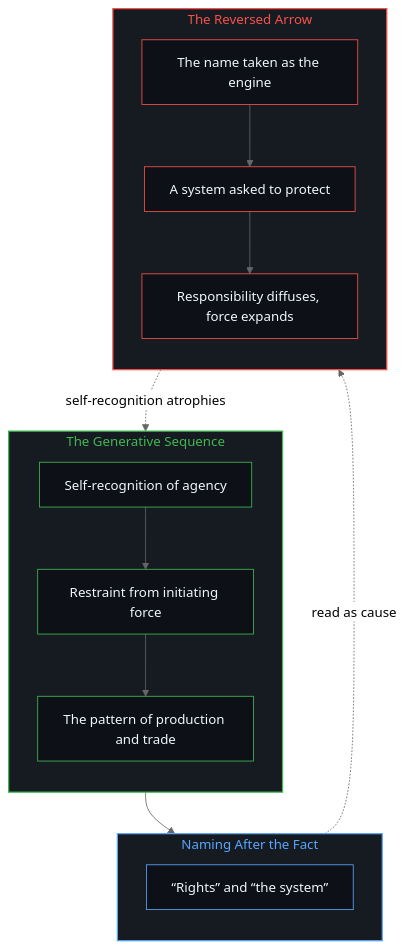
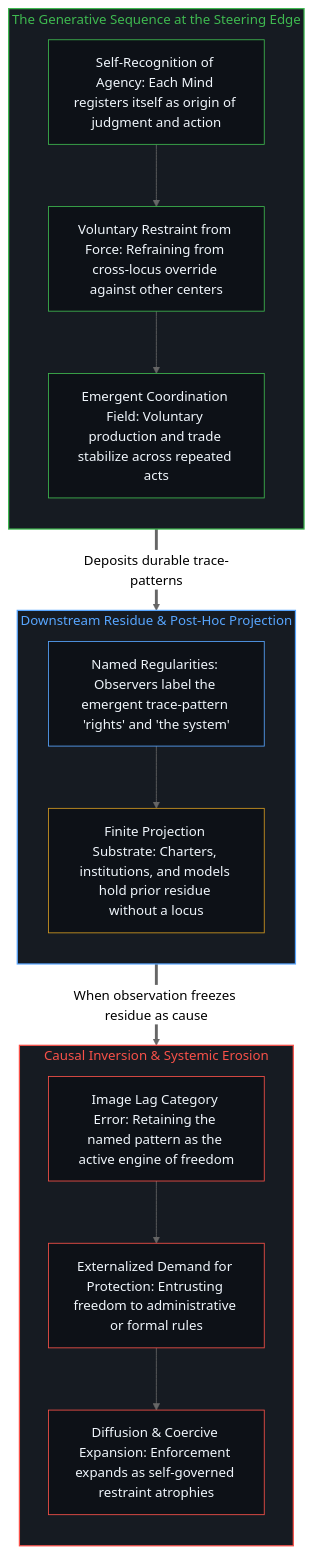
The second of 2 diagrams in content/posts/the-misallocation-of-agency.md (powerpig99/not-a-toe), drawn with Mermaid (neutral theme) before and after one commit. The commit also changed other lines of this file and 1 other file, not shown here.

Commit message:
Refine L2 #91: the-misallocation-of-agency (Deep Sleep Wave 3)

````diff
--- a/content/posts/the-misallocation-of-agency.md
+++ b/content/posts/the-misallocation-of-agency.md
@@ -116,32 +106,40 @@
 ```mermaid
 flowchart TD
-    subgraph S_Gen["The Generative Sequence"]
+    subgraph S_Gen["The Generative Sequence at the Steering Edge"]
         direction TB
-        G1["Self-recognition of agency"]
-        G2["Restraint from initiating force"]
-        G3["The pattern of production and trade"]
+        G1["Self-Recognition of Agency: Each Mind registers itself as origin of judgment and action"]
+        G2["Voluntary Restraint from Force: Refraining from cross-locus override against other centers"]
+        G3["Emergent Coordination Field: Voluntary production and trade stabilize across repeated acts"]
+        G1 --> G2 --> G3
     end
-    subgraph S_Name["Naming After the Fact"]
+
+    subgraph S_Name["Downstream Residue & Post-Hoc Projection"]
         direction TB
-        N1["“Rights” and “the system”"]
+        N1["Named Regularities: Observers label the emergent trace-pattern 'rights' and 'the system'"]
+        N2["Finite Projection Substrate: Charters, institutions, and models hold prior residue without a locus"]
+        N1 --> N2
     end
-    subgraph S_Rev["The Reversed Arrow"]
+
+    subgraph S_Rev["Causal Inversion & Systemic Erosion"]
         direction TB
-        R1["The name taken as the engine"]
-        R2["A system asked to protect"]
-        R3["Responsibility diffuses, force expands"]
+        R1["Image Lag Category Error: Retaining the named pattern as the active engine of freedom"]
+        R2["Externalized Demand for Protection: Entrusting freedom to administrative or formal rules"]
+        R3["Diffusion & Coercive Expansion: Enforcement expands as self-governed restraint atrophies"]
+        R1 --> R2 --> R3
     end
-    G1 --> G2 --> G3 --> N1
-    N1 -.->|"read as cause"| R1 --> R2 --> R3
-    R3 -.->|"self-recognition atrophies"| G1
+
+    G3 ==>|"Deposits durable trace-patterns"| N1
+    N2 ==>|"When observation freezes residue as cause"| R1
+
     style S_Gen fill:#161b22,stroke:#3fb950,stroke-width:1.5px,color:#3fb950
     style S_Name fill:#161b22,stroke:#58a6ff,stroke-width:1.5px,color:#58a6ff
     style S_Rev fill:#161b22,stroke:#f85149,stroke-width:1.5px,color:#f85149
     style G1 fill:#0d1117,stroke:#3fb950,stroke-width:1px,color:#f0f6fc
     style G2 fill:#0d1117,stroke:#3fb950,stroke-width:1px,color:#f0f6fc
     style G3 fill:#0d1117,stroke:#3fb950,stroke-width:1px,color:#f0f6fc
     style N1 fill:#0d1117,stroke:#58a6ff,stroke-width:1px,color:#f0f6fc
+    style N2 fill:#0d1117,stroke:#d29922,stroke-width:1px,color:#f0f6fc
     style R1 fill:#0d1117,stroke:#f85149,stroke-width:1px,color:#f0f6fc
     style R2 fill:#0d1117,stroke:#f85149,stroke-width:1px,color:#f0f6fc
     style R3 fill:#0d1117,stroke:#f85149,stroke-width:1px,color:#f0f6fc
 ```
````
